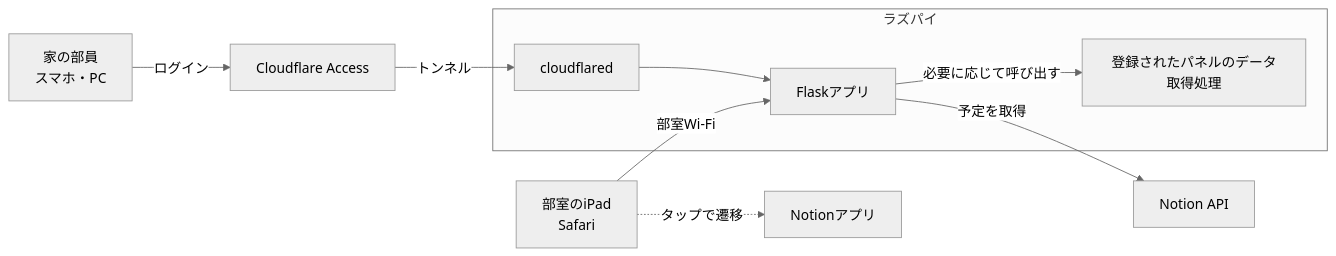
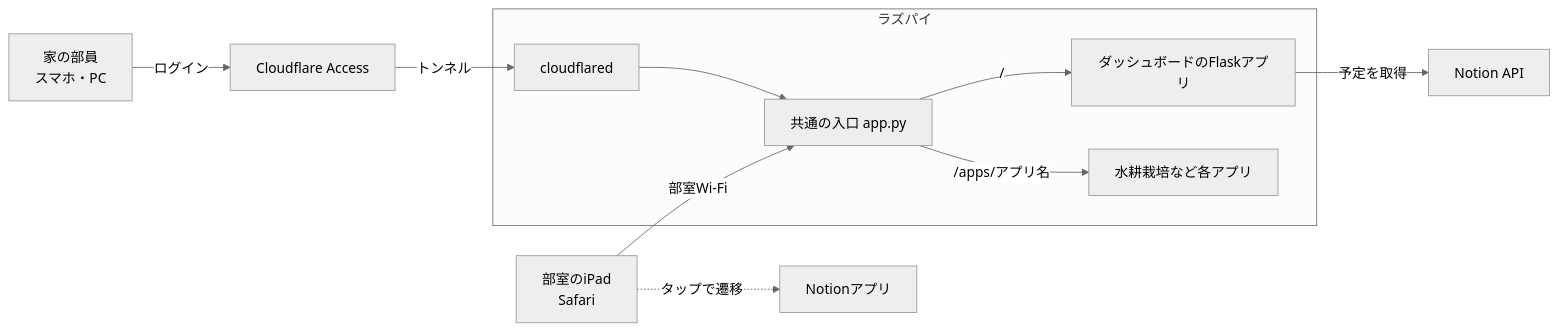
One commit to Kosei1114/dsc_dashboard changed the diagram in 部室ダッシュボード 仕様書.md. Above: the diagram before and after it, drawn with Mermaid (neutral theme). The commit also changed other lines of this file and 5 other files, not shown here.

````diff
--- a/部室ダッシュボード 仕様書.md
+++ b/部室ダッシュボード 仕様書.md
@@ -42,14 +44,16 @@
 ```mermaid
 flowchart LR
   subgraph PI[ラズパイ]
-    W[Flaskアプリ]
-    P[登録されたパネルのデータ取得処理]
-    W -->|必要に応じて呼び出す| P
-    T[cloudflared] --> W
+    G[共通の入口 app.py]
+    W[ダッシュボードのFlaskアプリ]
+    A[水耕栽培など各アプリ]
+    G -->|/| W
+    G -->|/apps/アプリ名| A
+    T[cloudflared] --> G
   end
   W -->|予定を取得| N[Notion API]
-  I[部室のiPad<br/>Safari] -->|部室Wi-Fi| W
+  I[部室のiPad<br/>Safari] -->|部室Wi-Fi| G
   H[家の部員<br/>スマホ・PC] -->|ログイン| CF[Cloudflare Access]
   CF -->|トンネル| T
   I -.->|タップで遷移| NA[Notionアプリ]
 ```
````
